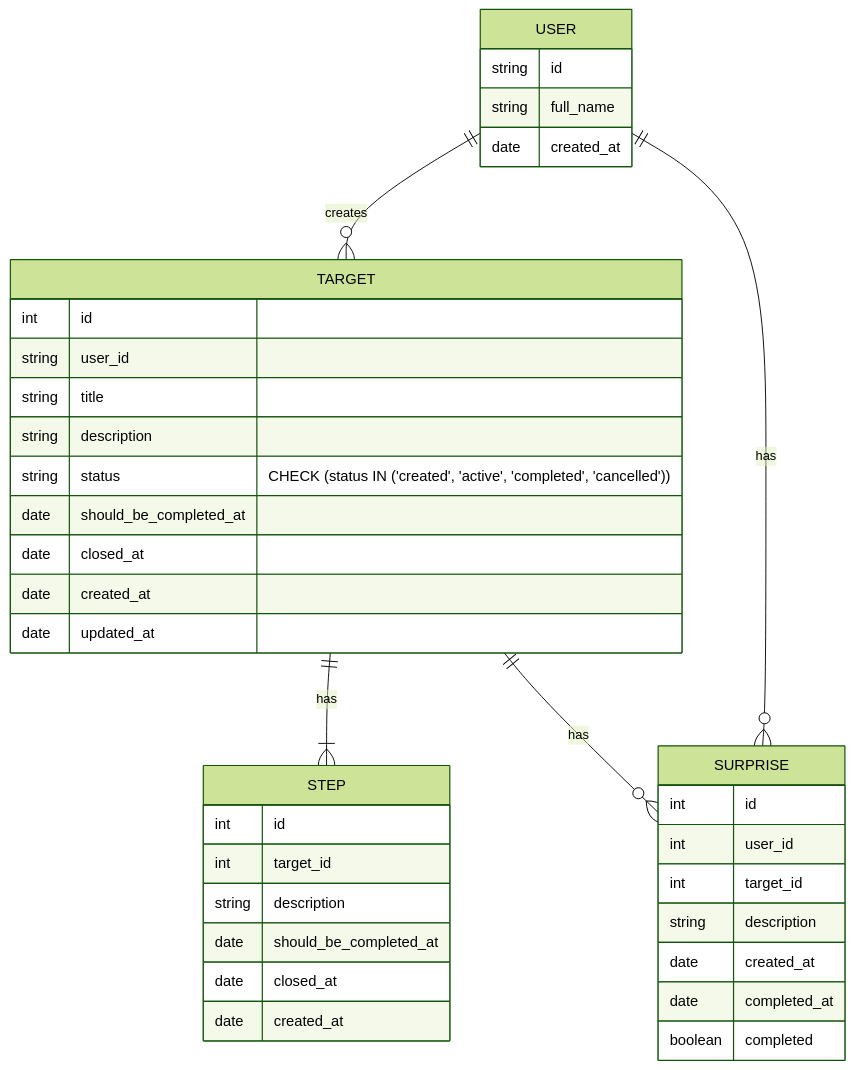
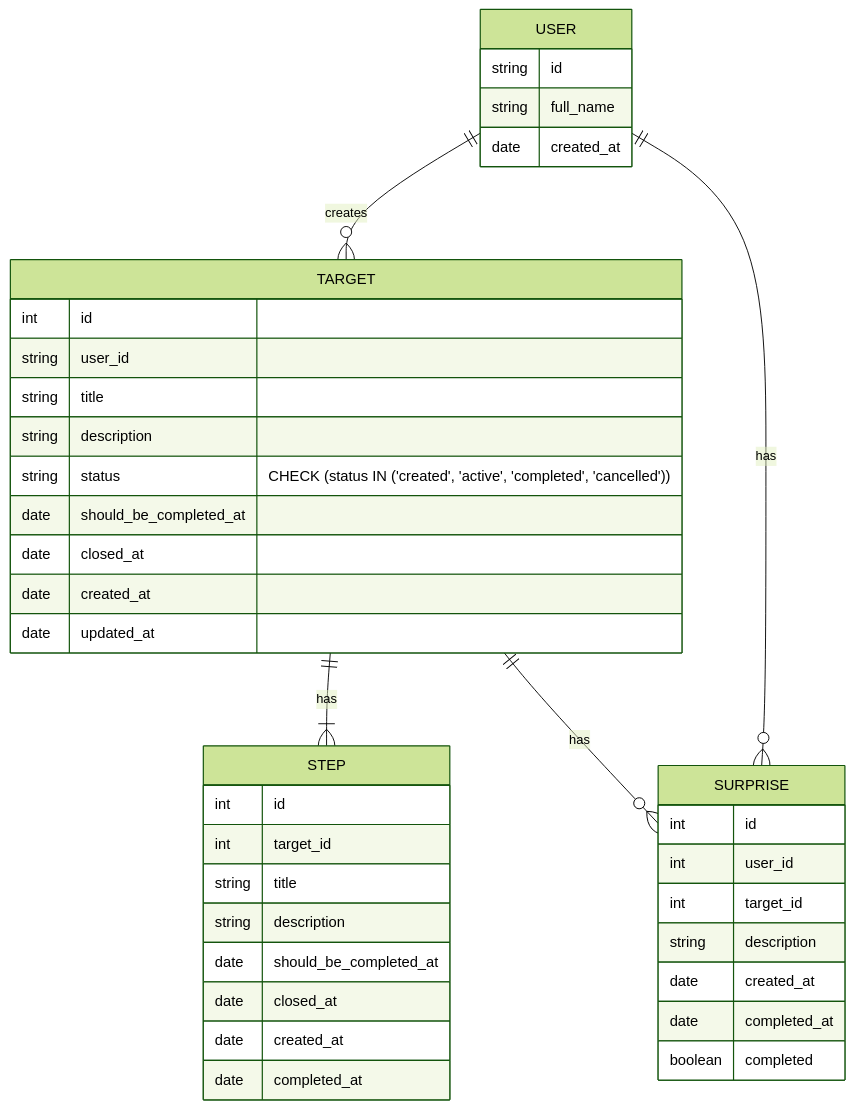
The diagram in README.md (alexanderKaramushko/goals-service), drawn with Mermaid (forest theme) before and after one commit. The commit also changed other lines of this file, not shown here.

````diff
--- a/README.md
+++ b/README.md
@@ -108,41 +108,43 @@
 ```mermaid
 erDiagram
     USER {
       string id
       string full_name
       date created_at
     }
     TARGET {
       int id
       string user_id
       string title
       string description
       string status "CHECK (status IN ('created', 'active', 'completed', 'cancelled'))"
       date should_be_completed_at
       date closed_at
       date created_at
       date updated_at
     }
     STEP {
       int id
       int target_id
+      string title
       string description
       date should_be_completed_at
       date closed_at
       date created_at
+      date completed_at
     }
     SURPRISE {
       int id
       int user_id
       int target_id
       string description
       date created_at
       date completed_at
       boolean completed
     }
 
     USER ||--o{ TARGET : creates
     TARGET ||--|{ STEP : has
     TARGET ||--o{ SURPRISE : has
     USER ||--o{ SURPRISE : has
 ```
````
